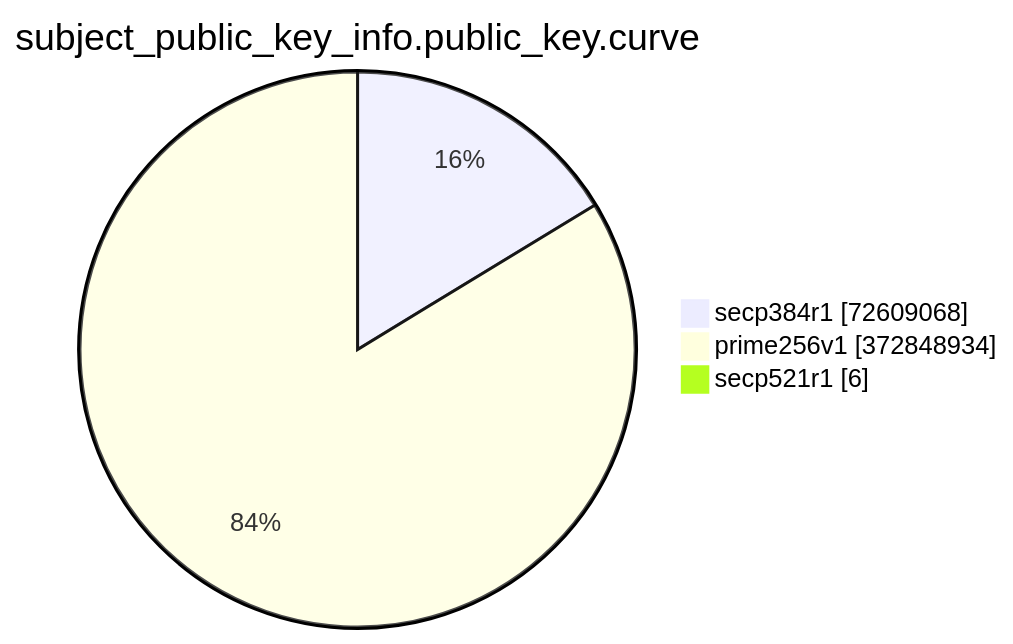
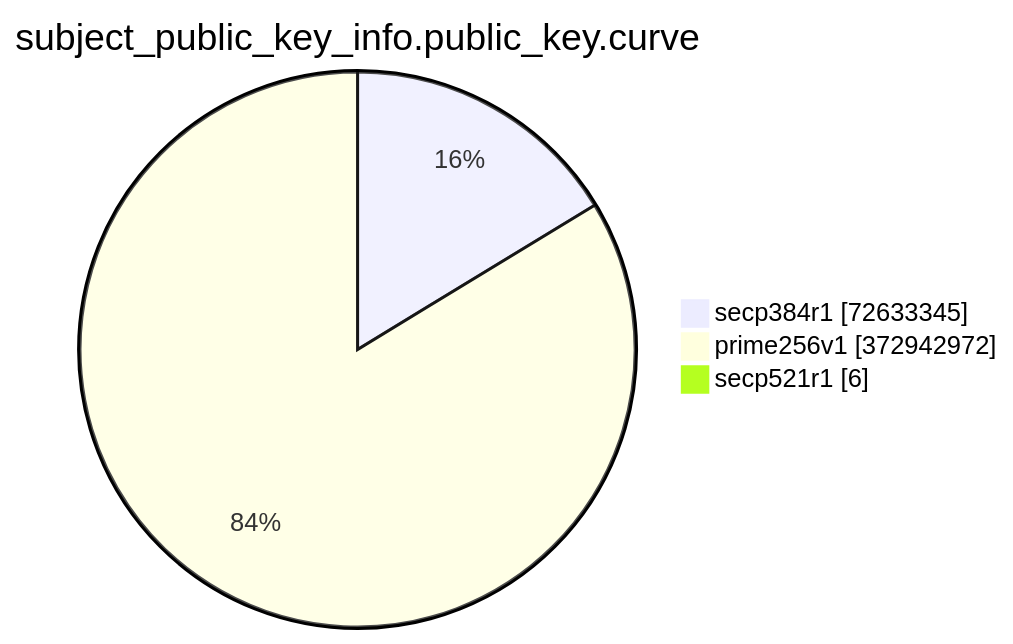
The eighth of 15 diagrams in TOTAL/README.md (christiankrug/ctmonitor_visualization), drawn with Mermaid before and after one commit. The commit also changed other lines of this file, not shown here.

````diff
--- a/TOTAL/README.md
+++ b/TOTAL/README.md
@@ -3092,7 +3092,7 @@
 ```mermaid
 pie showData
 title subject_public_key_info.public_key.curve
-"secp384r1" :72609068
-"prime256v1" :372848934
+"secp384r1" :72633345
+"prime256v1" :372942972
 "secp521r1" :6
 ```
````
